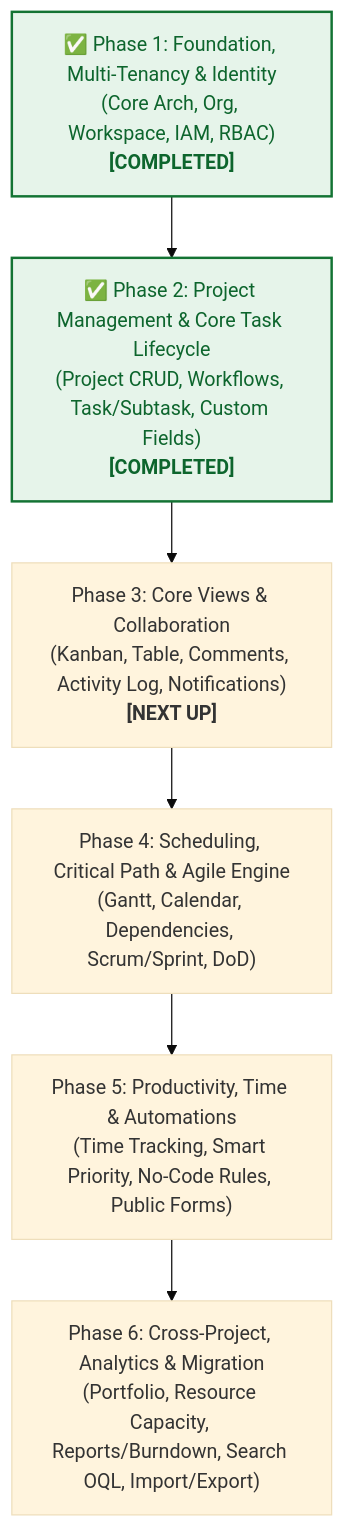
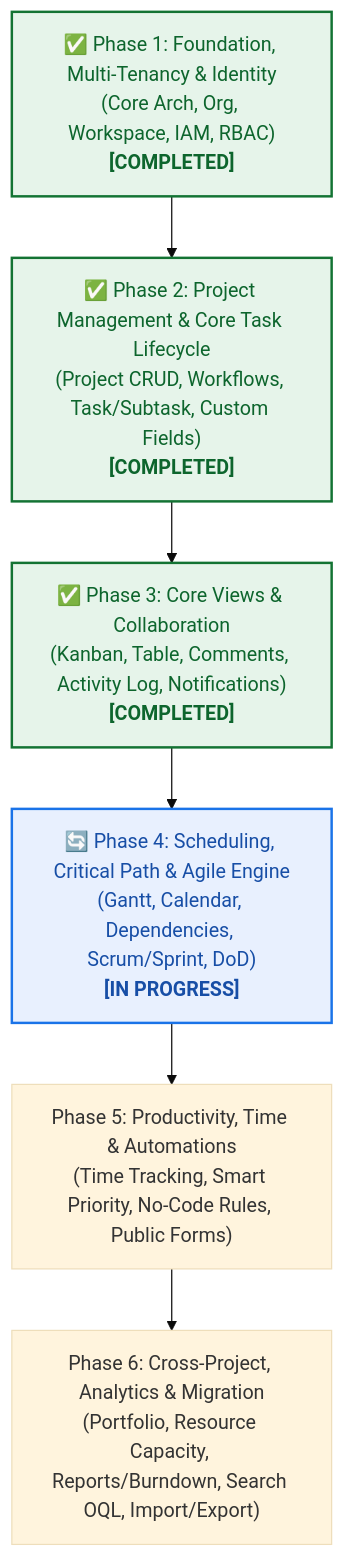
Before and after one commit to HuynhTri-dev/omnimer_team_doc: the diagram in docs/bda/02-phase1-omniproject/omniproject_core/00_DEVELOPMENT_PHASES_ROADMAP.md, drawn with Mermaid (base theme). The commit also changed other lines of this file and 6 other files, not shown here.

````diff
--- a/docs/bda/02-phase1-omniproject/omniproject_core/00_DEVELOPMENT_PHASES_ROADMAP.md
+++ b/docs/bda/02-phase1-omniproject/omniproject_core/00_DEVELOPMENT_PHASES_ROADMAP.md
@@ -11,11 +11,13 @@
 ```mermaid
 flowchart TD
     P1["✅ Phase 1: Foundation, Multi-Tenancy & Identity<br/>(Core Arch, Org, Workspace, IAM, RBAC)<br/><b>[COMPLETED]</b>"] --> P2["✅ Phase 2: Project Management & Core Task Lifecycle<br/>(Project CRUD, Workflows, Task/Subtask, Custom Fields)<br/><b>[COMPLETED]</b>"]
-    P2 --> P3["Phase 3: Core Views & Collaboration<br/>(Kanban, Table, Comments, Activity Log, Notifications)<br/><b>[NEXT UP]</b>"]
-    P3 --> P4["Phase 4: Scheduling, Critical Path & Agile Engine<br/>(Gantt, Calendar, Dependencies, Scrum/Sprint, DoD)"]
+    P2 --> P3["✅ Phase 3: Core Views & Collaboration<br/>(Kanban, Table, Comments, Activity Log, Notifications)<br/><b>[COMPLETED]</b>"]
+    P3 --> P4["🔄 Phase 4: Scheduling, Critical Path & Agile Engine<br/>(Gantt, Calendar, Dependencies, Scrum/Sprint, DoD)<br/><b>[IN PROGRESS]</b>"]
     P4 --> P5["Phase 5: Productivity, Time & Automations<br/>(Time Tracking, Smart Priority, No-Code Rules, Public Forms)"]
     P5 --> P6["Phase 6: Cross-Project, Analytics & Migration<br/>(Portfolio, Resource Capacity, Reports/Burndown, Search OQL, Import/Export)"]
 
     style P1 fill:#e6f4ea,stroke:#137333,stroke-width:2px,color:#0d652d
     style P2 fill:#e6f4ea,stroke:#137333,stroke-width:2px,color:#0d652d
+    style P3 fill:#e6f4ea,stroke:#137333,stroke-width:2px,color:#0d652d
+    style P4 fill:#e8f0fe,stroke:#1a73e8,stroke-width:2px,color:#174ea6
 ```
````
